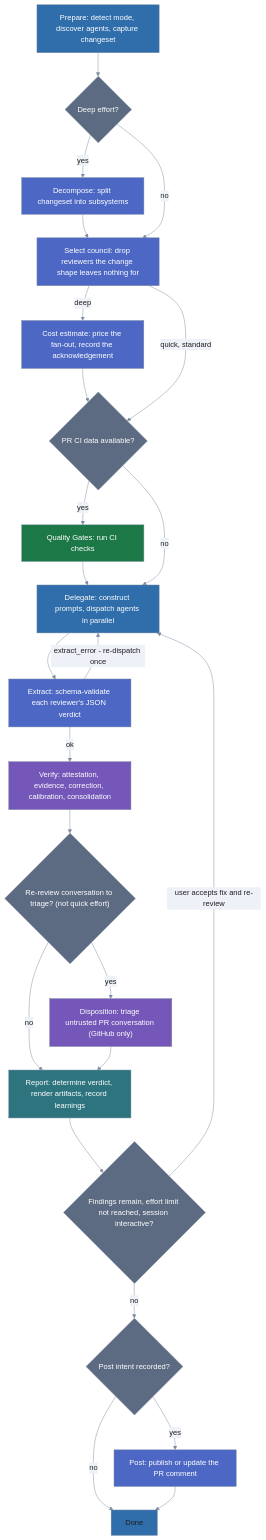
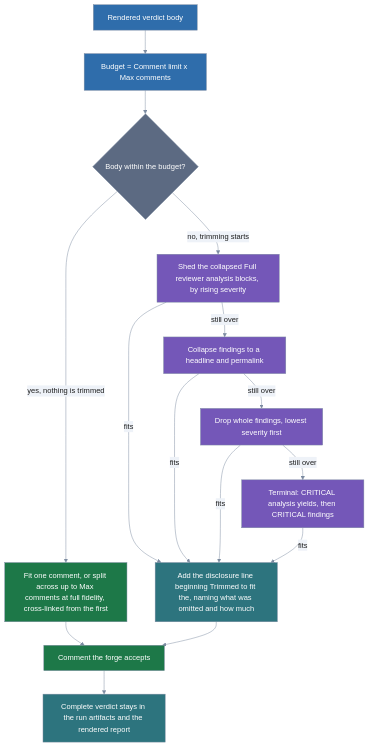
Before and after one commit to lolables/lola-mod-review-council: the second of 2 diagrams in README.md, drawn with Mermaid. The commit also changed other lines of this file and 16 other files, not shown here.

````diff
--- a/README.md
+++ b/README.md
@@ -316,73 +536,56 @@
 ```mermaid
 %%{init: {'theme': 'base', 'themeVariables': {
   'primaryColor': '#2f6dab',
   'primaryTextColor': '#1e1e1e',
   'primaryBorderColor': '#7c8ba1',
   'lineColor': '#7c8ba1',
   'edgeLabelBackground': '#eef2f8',
   'tertiaryColor': 'transparent',
   'tertiaryTextColor': '#7c8ba1',
   'tertiaryBorderColor': '#7c8ba1',
   'clusterBkg': 'transparent',
   'clusterBorder': '#7c8ba1',
   'titleColor': '#7c8ba1',
   'noteBkgColor': '#eef2f8',
   'noteTextColor': '#1e1e1e',
   'fontFamily': 'system-ui, sans-serif'
 }, 'themeCSS': '.node .nodeLabel{color:#ffffff!important;fill:#ffffff!important;}'}}%%
 flowchart TD
-  prep["Prepare: detect mode, discover agents, capture changeset"]
-  decgate{"Deep effort?"}
-  dec["Decompose: split changeset into subsystems"]
-  sel["Select council: drop reviewers the change shape leaves nothing for"]
-  cost["Cost estimate: price the fan-out, record the acknowledgement"]
-  qg{"PR CI data available?"}
-  qgrun["Quality Gates: run CI checks"]
-  del["Delegate: construct prompts, dispatch agents in parallel"]
-  ext["Extract: schema-validate each reviewer's JSON verdict"]
-  ver["Verify: attestation, evidence, correction, calibration, consolidation"]
-  dispgate{"Re-review conversation to triage? (not quick effort)"}
-  disp["Disposition: triage untrusted PR conversation (GitHub only)"]
-  report["Report: determine verdict, render artifacts, record learnings"]
-  iter{"Findings remain, effort limit not reached, session interactive?"}
-  postgate{"Post intent recorded?"}
-  post["Post: publish or update the PR comment"]
-  done["Done"]
+  body["Rendered verdict body"]
+  budget["Budget = Comment limit x Max comments"]
+  fit{"Body within the budget?"}
+  chain["Fit one comment, or split across up to Max comments at full fidelity, cross-linked from the first"]
+  t1["Shed the collapsed Full reviewer analysis blocks, by rising severity"]
+  t2["Collapse findings to a headline and permalink"]
+  t3["Drop whole findings, lowest severity first"]
+  t4["Terminal: CRITICAL analysis yields, then CRITICAL findings"]
+  says["Add the disclosure line beginning Trimmed to fit the, naming what was omitted and how much"]
+  post["Comment the forge accepts"]
+  full["Complete verdict stays in the run artifacts and the rendered report"]
 
-  prep --> decgate
-  decgate -->|yes| dec
-  dec --> sel
-  decgate -->|no| sel
-  sel -->|deep| cost
-  cost --> qg
-  sel -->|quick, standard| qg
-  qg -->|yes| qgrun
-  qgrun --> del
-  qg -->|no| del
-  del --> ext
-  ext -->|extract_error - re-dispatch once| del
-  ext -->|ok| ver
-  ver --> dispgate
-  dispgate -->|yes| disp
-  dispgate -->|no| report
-  disp --> report
-  report --> iter
-  iter -->|user accepts fix and re-review| del
-  iter -->|no| postgate
-  postgate -->|yes| post
-  postgate -->|no| done
-  post --> done
+  body --> budget
+  budget --> fit
+  fit -->|"yes, nothing is trimmed"| chain
+  chain --> post
+  fit -->|"no, trimming starts"| t1
+  t1 -->|"still over"| t2
+  t2 -->|"still over"| t3
+  t3 -->|"still over"| t4
+  t1 -->|fits| says
+  t2 -->|fits| says
+  t3 -->|fits| says
+  t4 -->|fits| says
+  says --> post
+  post --> full
 
   classDef sysA fill:#2f6dab,color:#ffffff,stroke:#7c8ba1
   classDef sysB fill:#1d7848,color:#ffffff,stroke:#7c8ba1
   classDef sysC fill:#7457b8,color:#ffffff,stroke:#7c8ba1
   classDef sysD fill:#2d747e,color:#ffffff,stroke:#7c8ba1
-  classDef sysE fill:#4d68c4,color:#ffffff,stroke:#7c8ba1
   classDef sysF fill:#5c6a82,color:#ffffff,stroke:#7c8ba1
-  class prep,del sysA
-  class qgrun sysB
-  class ver,disp sysC
-  class report sysD
-  class dec,sel,cost,ext,post sysE
-  class qg,iter,dispgate,decgate,postgate sysF
+  class body,budget sysA
+  class chain,post sysB
+  class t1,t2,t3,t4 sysC
+  class says,full sysD
+  class fit sysF
 ```
````
